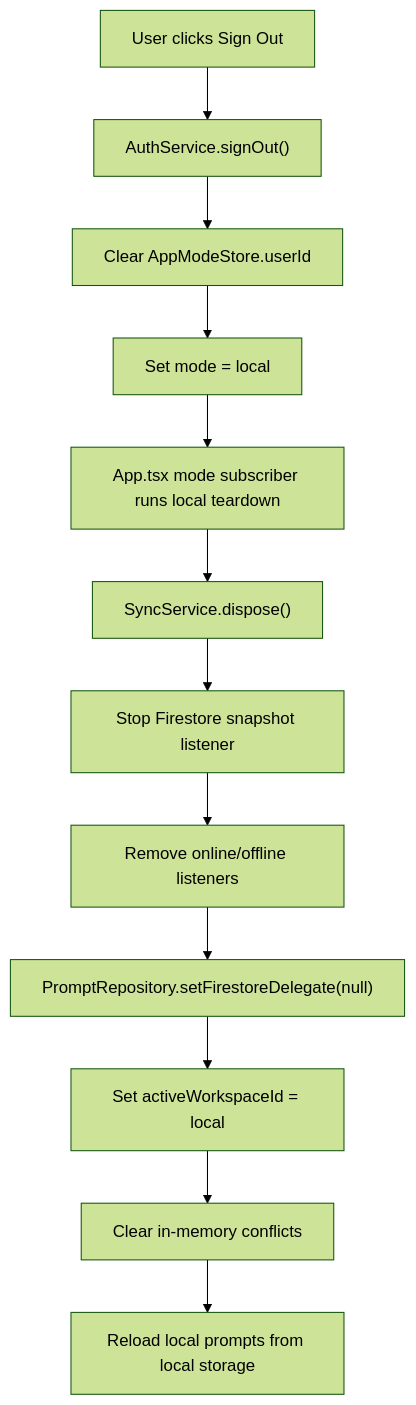
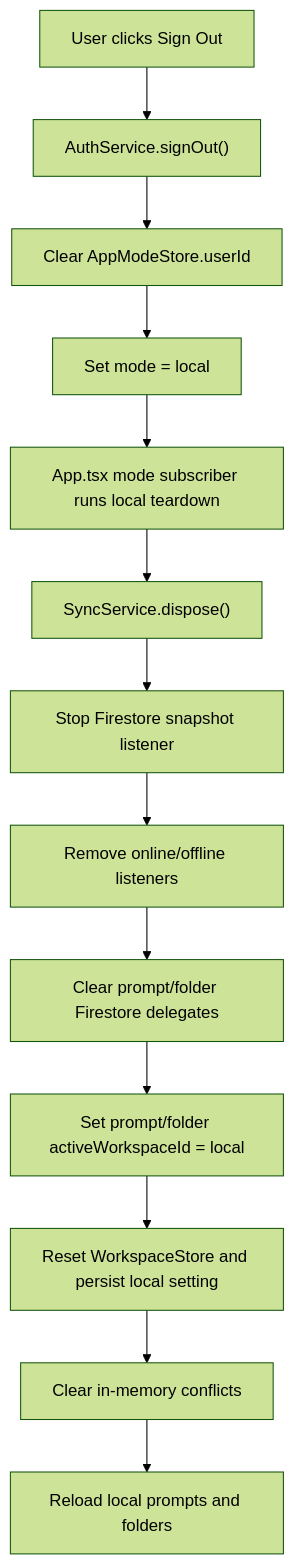
Before and after one commit to Xuefeng-Zhu/PromptDock: the fifth of 5 diagrams in docs/SYNC.md, drawn with Mermaid (forest theme). The commit also changed other lines of this file and 8 other files, not shown here.

````diff
--- a/docs/SYNC.md
+++ b/docs/SYNC.md
@@ -229,14 +247,15 @@
 ```mermaid
 flowchart TD
   A["User clicks Sign Out"] --> B["AuthService.signOut()"]
   B --> C["Clear AppModeStore.userId"]
   C --> D["Set mode = local"]
   D --> E["App.tsx mode subscriber runs local teardown"]
   E --> F["SyncService.dispose()"]
   F --> G["Stop Firestore snapshot listener"]
   G --> H["Remove online/offline listeners"]
-  H --> I["PromptRepository.setFirestoreDelegate(null)"]
-  I --> J["Set activeWorkspaceId = local"]
-  J --> K["Clear in-memory conflicts"]
-  K --> L["Reload local prompts from local storage"]
+  H --> I["Clear prompt/folder Firestore delegates"]
+  I --> J["Set prompt/folder activeWorkspaceId = local"]
+  J --> K["Reset WorkspaceStore and persist local setting"]
+  K --> L["Clear in-memory conflicts"]
+  L --> M["Reload local prompts and folders"]
 ```
````
